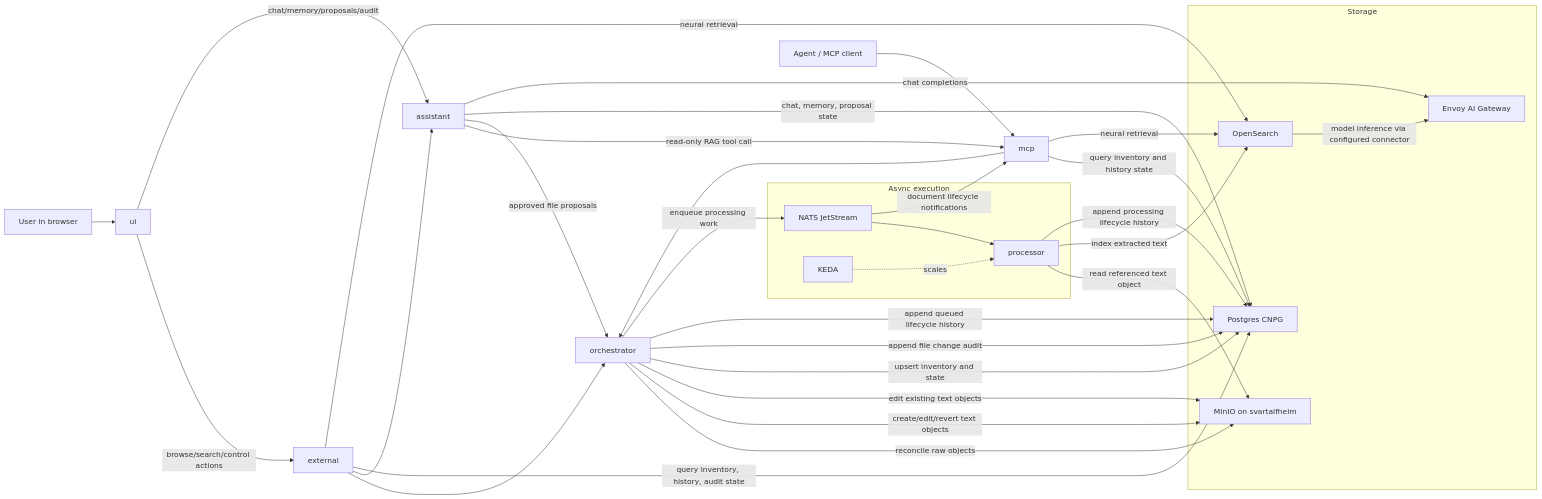
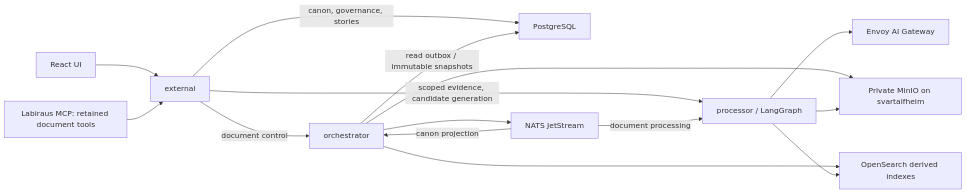
Before and after one commit to labiraus/homelab: the diagram in docs/RAG.md, drawn with Mermaid. The commit also changed other lines of this file and 61 other files, not shown here.

Commit message:
Add gated Worldbuilder canon, governance and story workflows

````diff
--- a/docs/RAG.md
+++ b/docs/RAG.md
@@ -92,48 +93,17 @@
 ```mermaid
 flowchart LR
-  U[User in browser] --> UI[ui]
-  UI -->|browse/search/control actions| EXT[external]
-  UI -->|chat/memory/proposals/audit| ASSIST[assistant]
-  A[Agent / MCP client] --> MCP[mcp]
-
-  EXT --> ORCH[orchestrator]
-  EXT --> ASSIST
-  ASSIST -->|read-only RAG tool call| MCP
-  ASSIST -->|approved file proposals| ORCH
-  MCP --> ORCH
-  ASSIST -->|chat, memory, proposal state| PG
-
-  subgraph Storage
-    MINIO[MinIO on svartalfheim]
-    PG[Postgres CNPG]
-    OS[OpenSearch]
-    AIGW[Envoy AI Gateway]
-  end
-
-  subgraph Async execution
-    NATS[NATS JetStream]
-    PROC[processor]
-    KEDA[KEDA]
-  end
-
-  ORCH -->|reconcile raw objects| MINIO
-  ORCH -->|create/edit/revert text objects| MINIO
-  ORCH -->|edit existing text objects| MINIO
-  ORCH -->|upsert inventory and state| PG
-  ORCH -->|append file change audit| PG
-  ORCH -->|append queued lifecycle history| PG
-  ORCH -->|enqueue processing work| NATS
-  NATS --> PROC
-  NATS -->|document lifecycle notifications| MCP
-  KEDA -. scales .-> PROC
-  PROC -->|read referenced text object| MINIO
-  PROC -->|index extracted text| OS
-  OS -->|model inference via configured connector| AIGW
-  PROC -->|append processing lifecycle history| PG
-
-  EXT -->|query inventory, history, audit state| PG
-  MCP -->|query inventory and history state| PG
-  EXT -->|neural retrieval| OS
-  MCP -->|neural retrieval| OS
-  ASSIST -->|chat completions| AIGW
+  UI[React UI] --> EXT[external]
+  MCP[Labiraus MCP: retained document tools] --> EXT
+  EXT -->|canon, governance, stories| PG[PostgreSQL]
+  EXT -->|scoped evidence, candidate generation| PROC[processor / LangGraph]
+  PROC --> AIGW[Envoy AI Gateway]
+  EXT -->|document control| ORCH[orchestrator]
+  ORCH -->|read outbox / immutable snapshots| PG
+  ORCH --> NATS[NATS JetStream]
+  NATS -->|canon projection| ORCH
+  ORCH --> OS[OpenSearch derived indexes]
+  ORCH --> MINIO[Private MinIO on svartalfheim]
+  NATS -->|document processing| PROC
+  PROC --> MINIO
+  PROC --> OS
 ```
````
